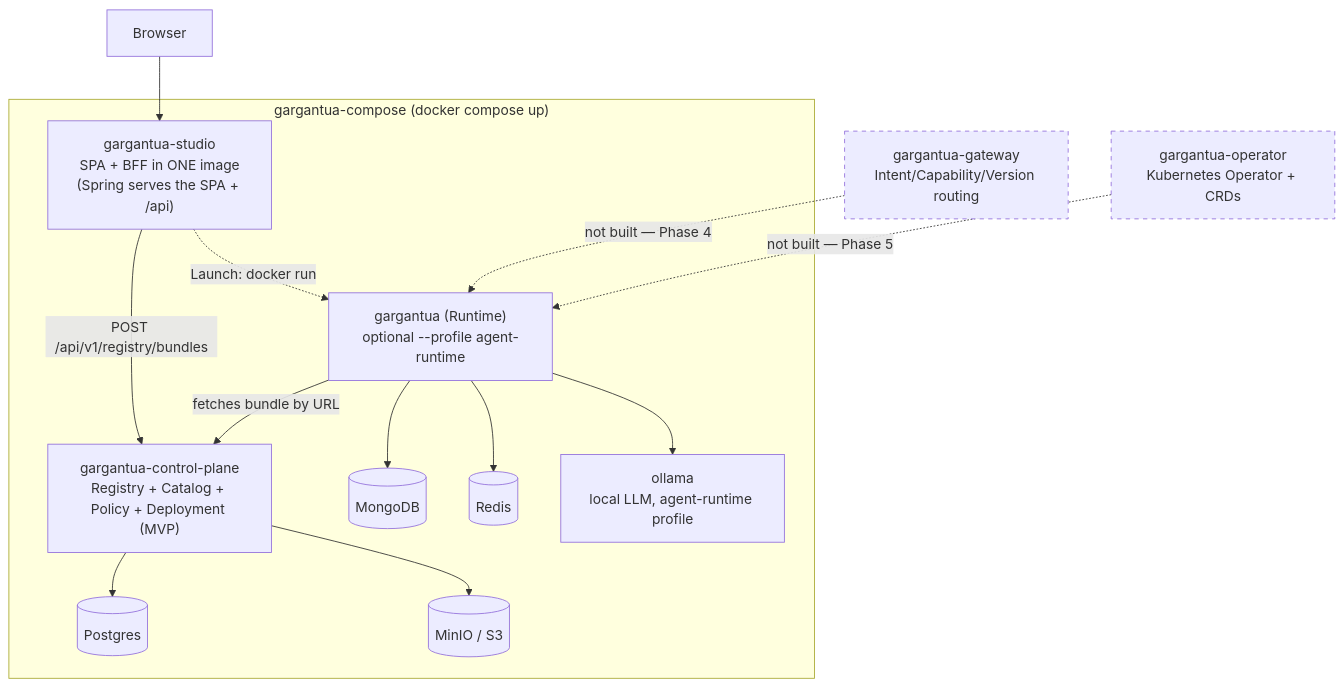
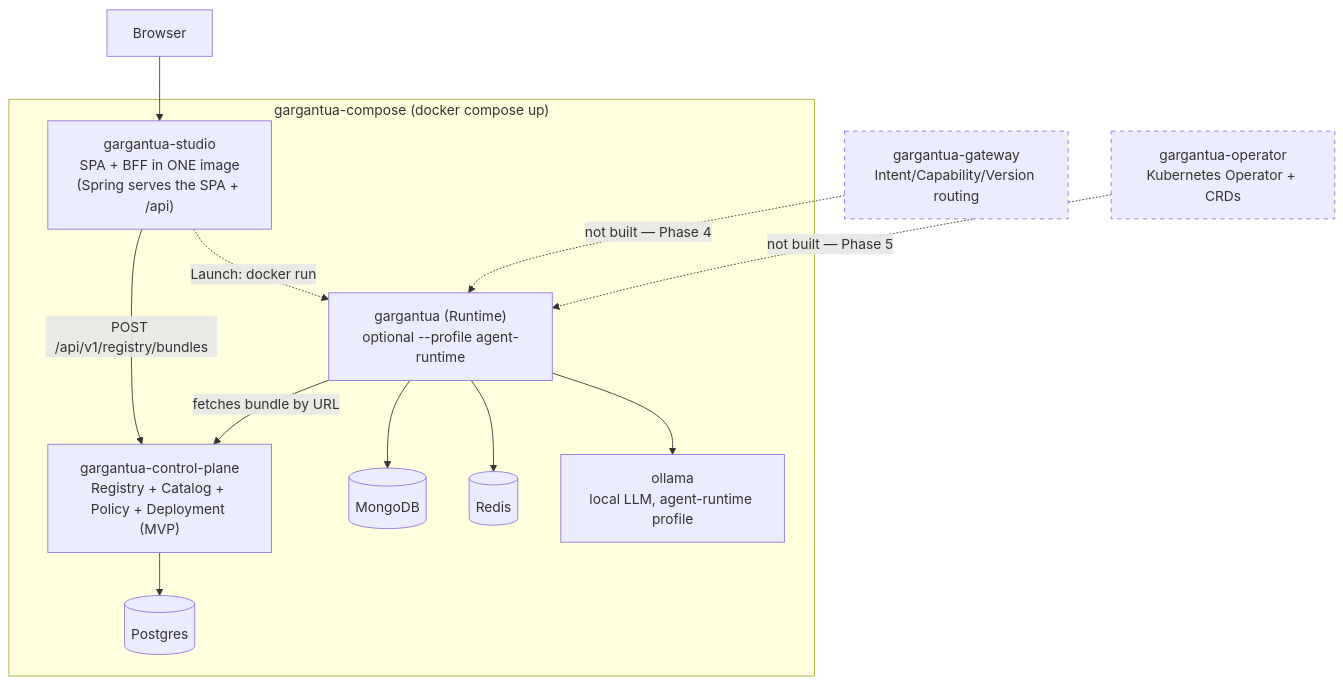
The first of 2 diagrams in docs/architecture/platform-handoff.md (GiskardB/gargantua), drawn with Mermaid before and after one commit. The commit also changed other lines of this file and 2 other files, not shown here.

First line of the commit message:
docs: platform-handoff — remove MinIO references, update Studio status, add session handoff

````diff
--- a/docs/architecture/platform-handoff.md
+++ b/docs/architecture/platform-handoff.md
@@ -83,33 +83,31 @@
 ```mermaid
 graph TD
     Browser[Browser]
 
     subgraph Compose["gargantua-compose (docker compose up)"]
         Studio["gargantua-studio<br/>SPA + BFF in ONE image<br/>(Spring serves the SPA + /api)"]
         CP["gargantua-control-plane<br/>Registry + Catalog + Policy + Deployment (MVP)"]
         Runtime["gargantua (Runtime)<br/>optional --profile agent-runtime"]
         PG[(Postgres)]
         Mongo[(MongoDB)]
         Redis[(Redis)]
-        MinIO[(MinIO / S3)]
         Ollama["ollama<br/>local LLM, agent-runtime profile"]
     end
 
     Gateway["gargantua-gateway<br/>Intent/Capability/Version routing"]
     Operator["gargantua-operator<br/>Kubernetes Operator + CRDs"]
 
     Browser --> Studio
     Studio -->|POST /api/v1/registry/bundles| CP
     Studio -.->|Launch: docker run| Runtime
     CP --> PG
-    CP --> MinIO
     Runtime -->|fetches bundle by URL| CP
     Runtime --> Mongo
     Runtime --> Redis
     Runtime --> Ollama
     Gateway -.->|not built — Phase 4| Runtime
     Operator -.->|not built — Phase 5| Runtime
 
     style Gateway stroke-dasharray: 5 5
     style Operator stroke-dasharray: 5 5
 ```
````
